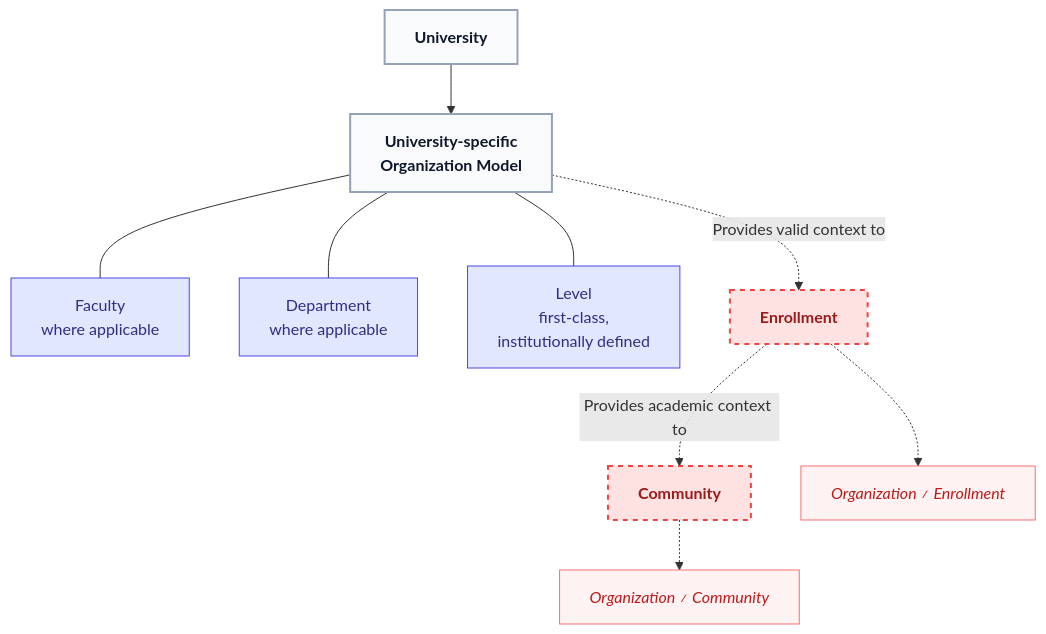
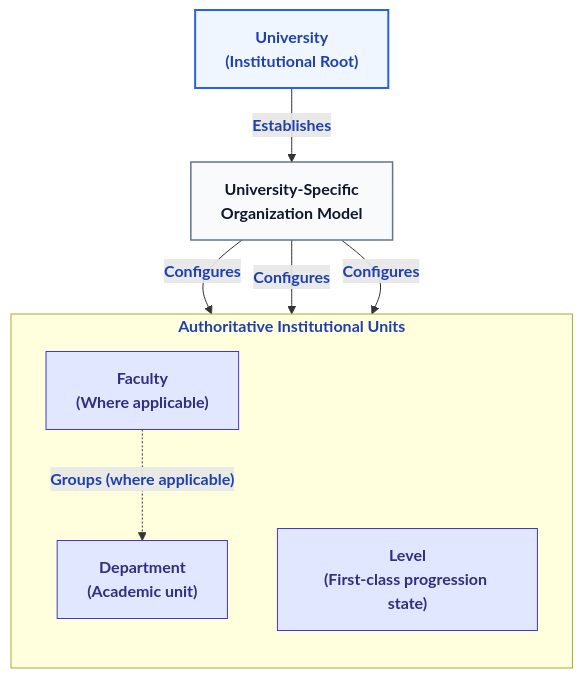
The first of 3 diagrams in docs/specifications/organization/organization-specification.md (davidalbertstark-lab/Lenar), drawn with Mermaid before and after one commit. The commit also changed other lines of this file and 28 other files, not shown here.

Commit message:
docs: system-wide diagram redesign for first-instance comprehension

````diff
--- a/docs/specifications/organization/organization-specification.md
+++ b/docs/specifications/organization/organization-specification.md
@@ -74,39 +78,23 @@
 ```mermaid
 flowchart TD
-    classDef domain fill:#f8fafc,stroke:#94a3b8,stroke-width:2px,color:#0f172a,font-weight:bold
-    classDef core fill:#bfdbfe,stroke:#2563eb,stroke-width:2px,color:#1e40af,font-weight:bold
-    classDef unit fill:#e0e7ff,stroke:#4f46e5,stroke-width:1px,color:#312e81
-    classDef separate fill:#fee2e2,stroke:#ef4444,stroke-width:2px,color:#991b1b,font-weight:bold,stroke-dasharray: 5 5
+    classDef root fill:#eff6ff,stroke:#2563eb,stroke-width:2px,color:#1e40af,font-weight:bold
+    classDef model fill:#f8fafc,stroke:#64748b,stroke-width:1.5px,color:#0f172a,font-weight:bold
+    classDef unit fill:#e0e7ff,stroke:#4338ca,stroke-width:1px,color:#312e81
 
-    U[University]
-    
-    Model[University-specific <br/> Organization Model]
-    
-    F[Faculty <br/> where applicable]
-    D[Department <br/> where applicable]
-    L[Level <br/> first-class, <br/> institutionally defined]
-    
-    U --> Model
-    Model --- F
-    Model --- D
-    Model --- L
-    
-    C[Community]
-    E[Enrollment]
-    
-    Model -.->|Provides valid context to| E
-    E -.->|Provides academic context to| C
-    
-    class U,Model domain;
-    class F,D,L unit;
-    class C,E separate;
+    Univ["University<br/>(Institutional Root)"]:::root
+    OrgModel["University-Specific<br/>Organization Model"]:::model
 
-    N1[Organization ≠ Community]
-    N2[Organization ≠ Enrollment]
-    
-    C -.-> N1
-    E -.-> N2
-    
-    style N1 fill:#fef2f2,stroke:#f87171,color:#b91c1c,font-style:italic
-    style N2 fill:#fef2f2,stroke:#f87171,color:#b91c1c,font-style:italic
+    subgraph Units["Authoritative Institutional Units"]
+        direction TB
+        Fac["Faculty<br/>(Where applicable)"]:::unit
+        Dept["Department<br/>(Academic unit)"]:::unit
+        Lvl["Level<br/>(First-class progression state)"]:::unit
+    end
+
+    Univ -->|Establishes| OrgModel
+    OrgModel -->|Configures| Fac
+    OrgModel -->|Configures| Dept
+    OrgModel -->|Configures| Lvl
+
+    Fac -.->|"Groups (where applicable)"| Dept
 ```
````
